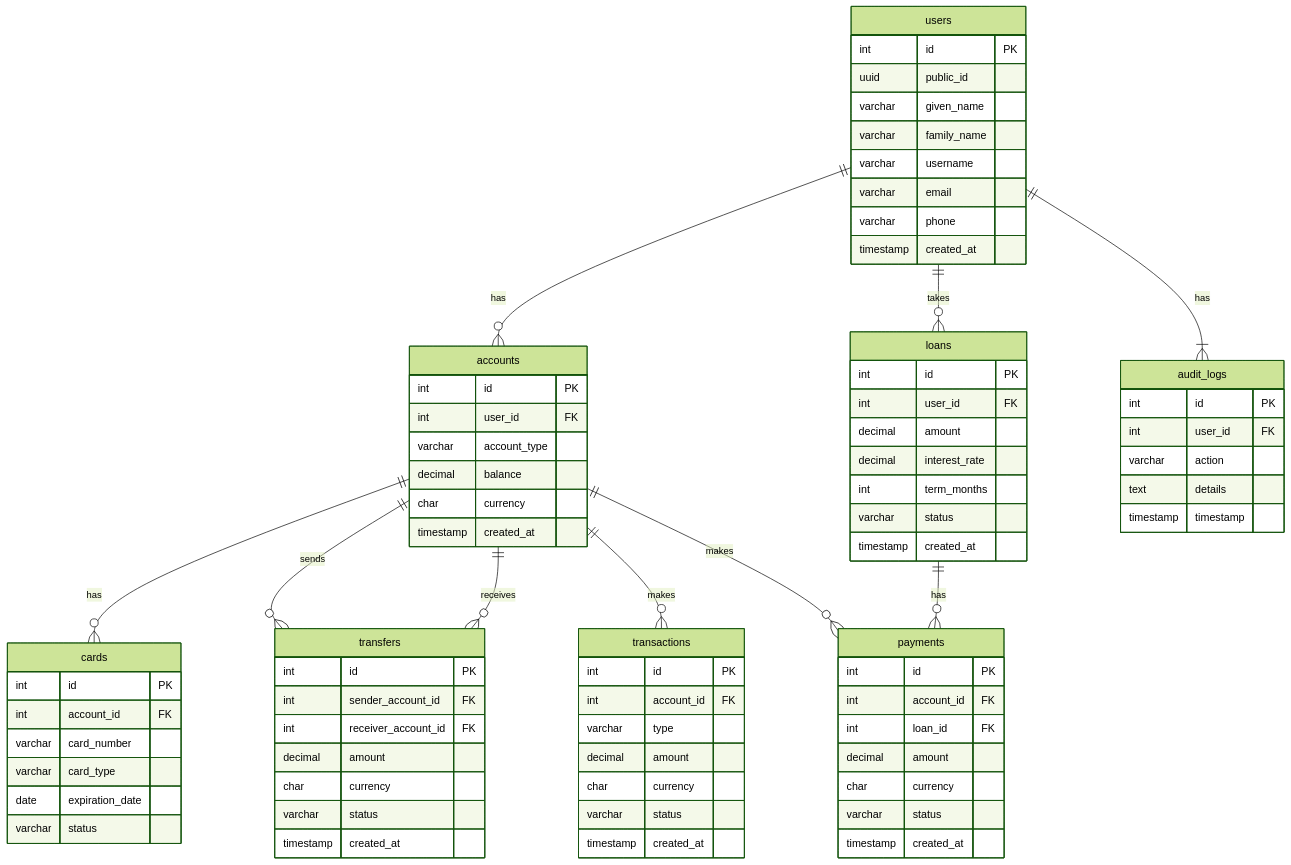
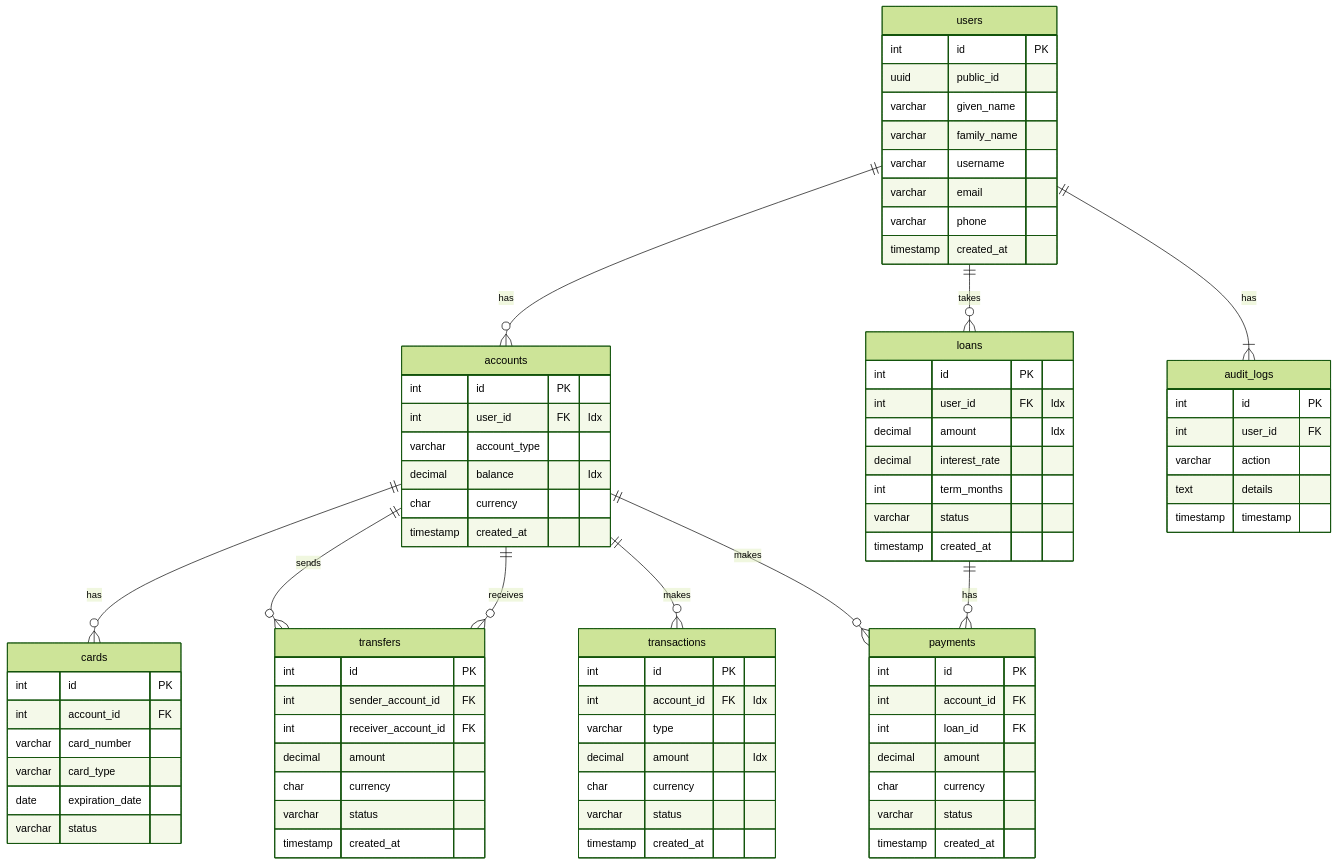
One commit to W-E-Robinson/sql-optimisation-and-caching-experimentation changed the diagram in README.md. Above: the diagram before and after it, drawn with Mermaid (forest theme). The commit also changed 1 other file, not shown here.

Commit message:
feat: added indices

```diff
--- a/README.md
+++ b/README.md
@@ -34,9 +34,9 @@
     accounts ||--o{ payments : makes
     accounts {
         int id PK
-        int user_id FK
+        int user_id FK "Idx"
         varchar account_type
-        decimal balance
+        decimal balance "Idx"
         char currency
         timestamp created_at
     }
@@ -62,9 +62,9 @@
 
     transactions {
         int id PK
-        int account_id FK
+        int account_id FK "Idx"
         varchar type
-        decimal amount
+        decimal amount "Idx"
         char currency
         varchar status
         timestamp created_at
@@ -73,8 +73,8 @@
     loans ||--o{ payments : has
     loans {
         int id PK
-        int user_id FK
-        decimal amount
+        int user_id FK "Idx"
+        decimal amount "Idx"
         decimal interest_rate
         int term_months
         varchar status
```
